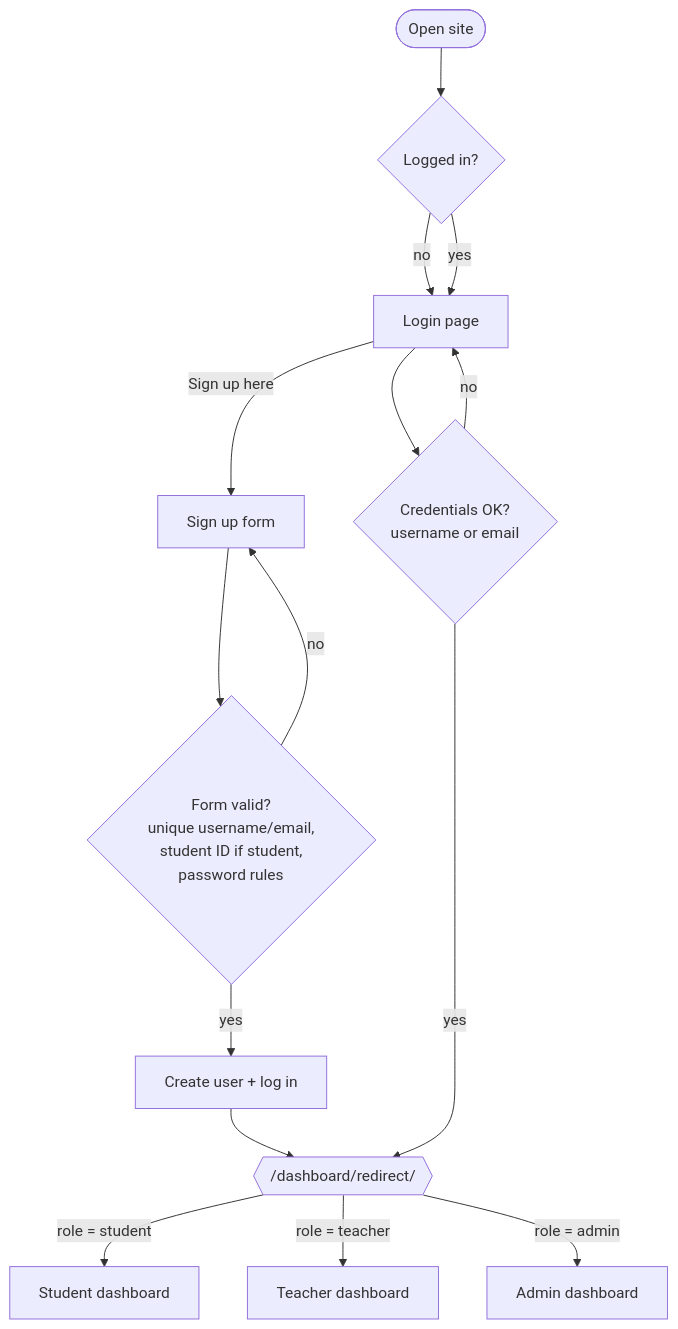
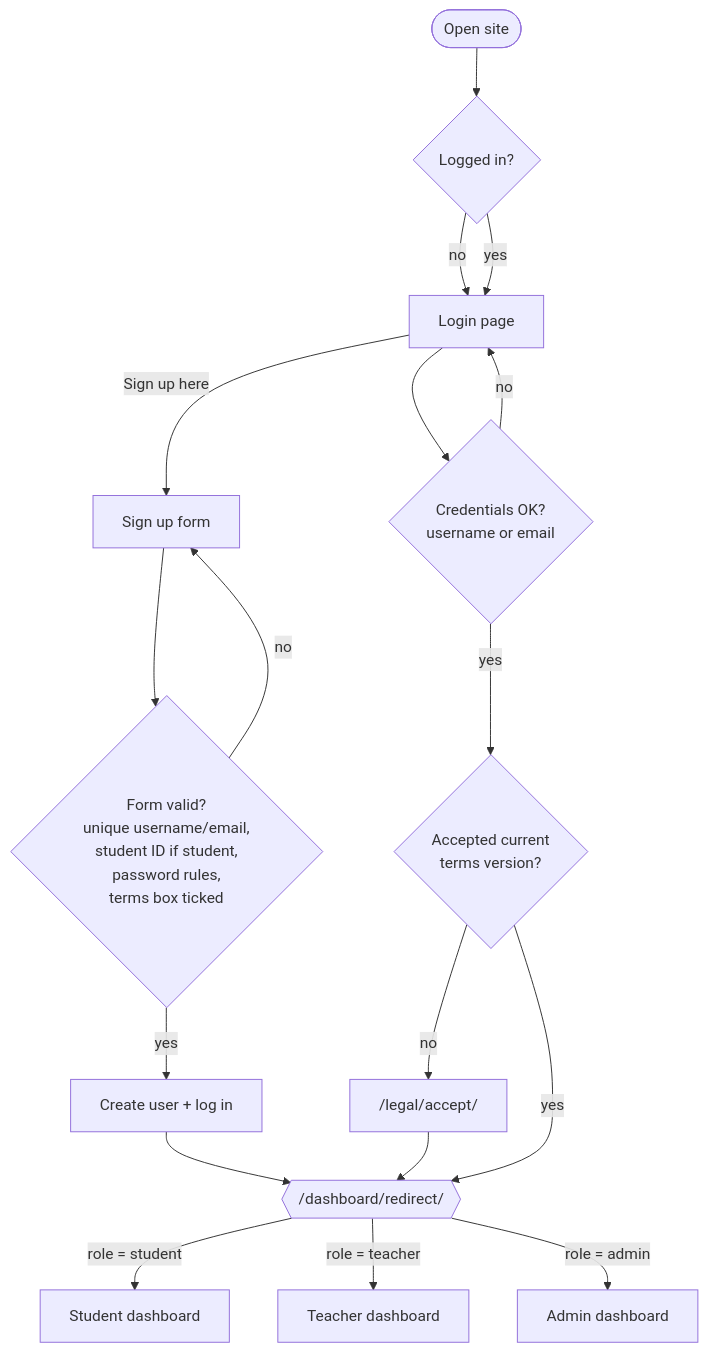
The second of 7 diagrams in docs/APP_FLOW.md (thatguyKire/InkHive), drawn with Mermaid before and after one commit. The commit also changed other lines of this file and 51 other files, not shown here.

````diff
--- a/docs/APP_FLOW.md
+++ b/docs/APP_FLOW.md
@@ -73,16 +78,18 @@
 ```mermaid
 flowchart TD
     A([Open site]) --> B{Logged in?}
     B -- no --> L[Login page]
     B -- yes --> L
     L -->|"Sign up here"| S[Sign up form]
-    S --> V{Form valid?<br/>unique username/email,<br/>student ID if student,<br/>password rules}
+    S --> V{Form valid?<br/>unique username/email,<br/>student ID if student,<br/>password rules,<br/>terms box ticked}
     V -- no --> S
     V -- yes --> CU[Create user + log in] --> R
     L --> C{Credentials OK?<br/>username or email}
     C -- no --> L
-    C -- yes --> R{{"/dashboard/redirect/"}}
+    C -- yes --> TA{Accepted current<br/>terms version?}
+    TA -- no --> ACC["/legal/accept/"] --> R
+    TA -- yes --> R{{"/dashboard/redirect/"}}
     R -->|role = student| SD[Student dashboard]
     R -->|role = teacher| TD[Teacher dashboard]
     R -->|role = admin| AD[Admin dashboard]
 ```
````
